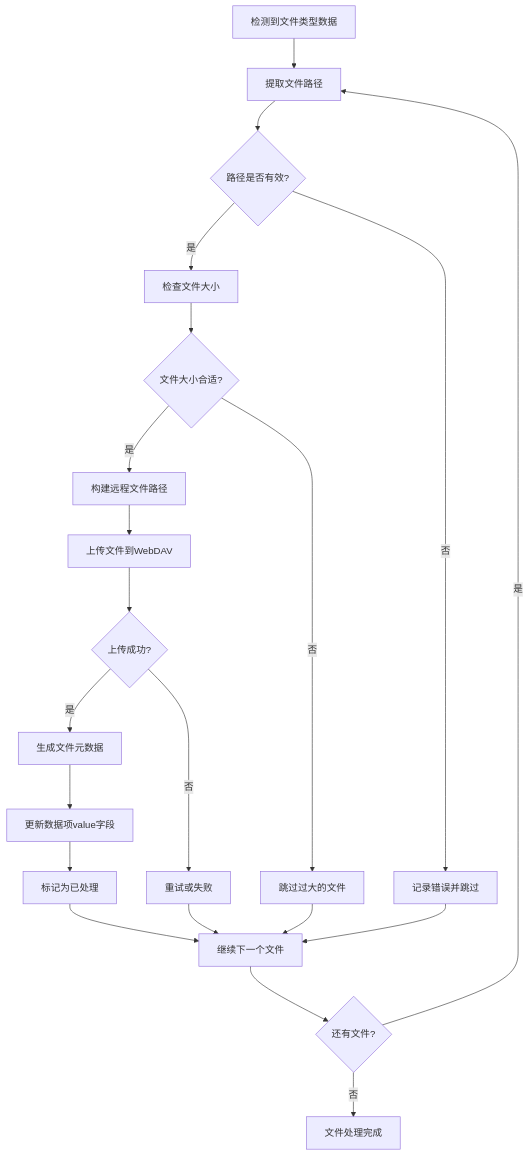
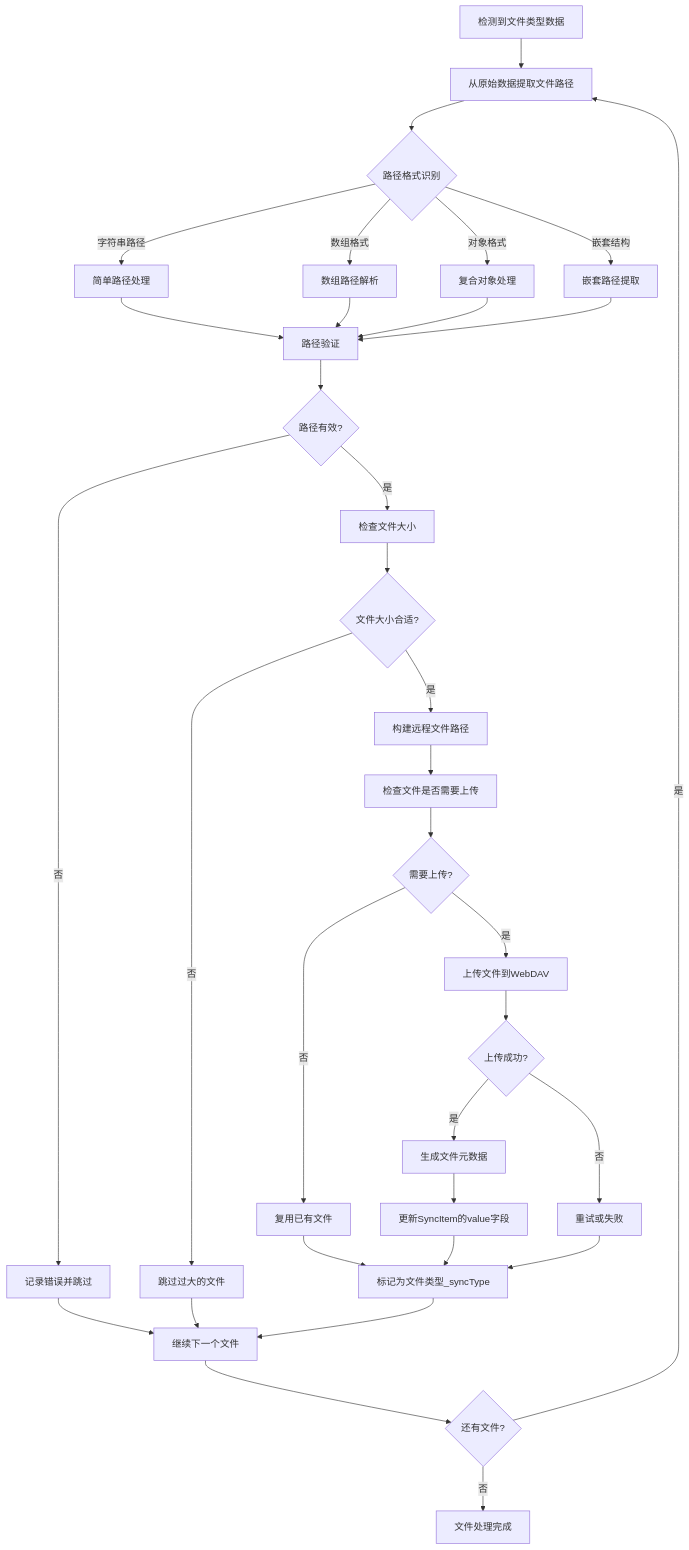
One commit to Ruszero01/EcoPaste-Sync changed the fourth of 10 diagrams in docs/architecture-diagram.md. Above: the diagram before and after it, drawn with Mermaid. The commit also changed other lines of this file and 5 other files, not shown here.

````diff
--- a/docs/architecture-diagram.md
+++ b/docs/architecture-diagram.md
@@ -95,28 +136,45 @@
 ```mermaid
 flowchart TD
-    A[检测到文件类型数据] --> B[提取文件路径]
-    B --> C{路径是否有效?}
-    C -->|是| D[检查文件大小]
-    C -->|否| E[记录错误并跳过]
+    A[检测到文件类型数据] --> B[从原始数据提取文件路径]
+    B --> C{路径格式识别}
 
-    D --> F{文件大小合适?}
-    F -->|是| G[构建远程文件路径]
-    F -->|否| H[跳过过大的文件]
+    C -->|字符串路径| D[简单路径处理]
+    C -->|数组格式| E[数组路径解析]
+    C -->|对象格式| F[复合对象处理]
+    C -->|嵌套结构| G[嵌套路径提取]
 
-    G --> I[上传文件到WebDAV]
-    I --> J{上传成功?}
-    J -->|是| K[生成文件元数据]
-    J -->|否| L[重试或失败]
+    D --> H[路径验证]
+    E --> H
+    F --> H
+    G --> H
 
-    K --> M[更新数据项value字段]
-    M --> N[标记为已处理]
+    H --> I{路径有效?}
+    I -->|否| J[记录错误并跳过]
+    I -->|是| K[检查文件大小]
 
-    N --> O[继续下一个文件]
-    E --> O
-    H --> O
-    L --> O
+    K --> L{文件大小合适?}
+    L -->|否| M[跳过过大的文件]
+    L -->|是| N[构建远程文件路径]
 
-    O --> P{还有文件?}
-    P -->|是| B
-    P -->|否| Q[文件处理完成]
+    N --> O[检查文件是否需要上传]
+    O --> P{需要上传?}
+    P -->|否| Q[复用已有文件]
+    P -->|是| R[上传文件到WebDAV]
+
+    R --> S{上传成功?}
+    S -->|是| T[生成文件元数据]
+    S -->|否| U[重试或失败]
+
+    T --> V[更新SyncItem的value字段]
+    V --> W[标记为文件类型_syncType]
+
+    Q --> W
+    U --> W
+    M --> X[继续下一个文件]
+    J --> X
+    W --> X
+
+    X --> Y{还有文件?}
+    Y -->|是| B
+    Y -->|否| Z[文件处理完成]
 ```
````
